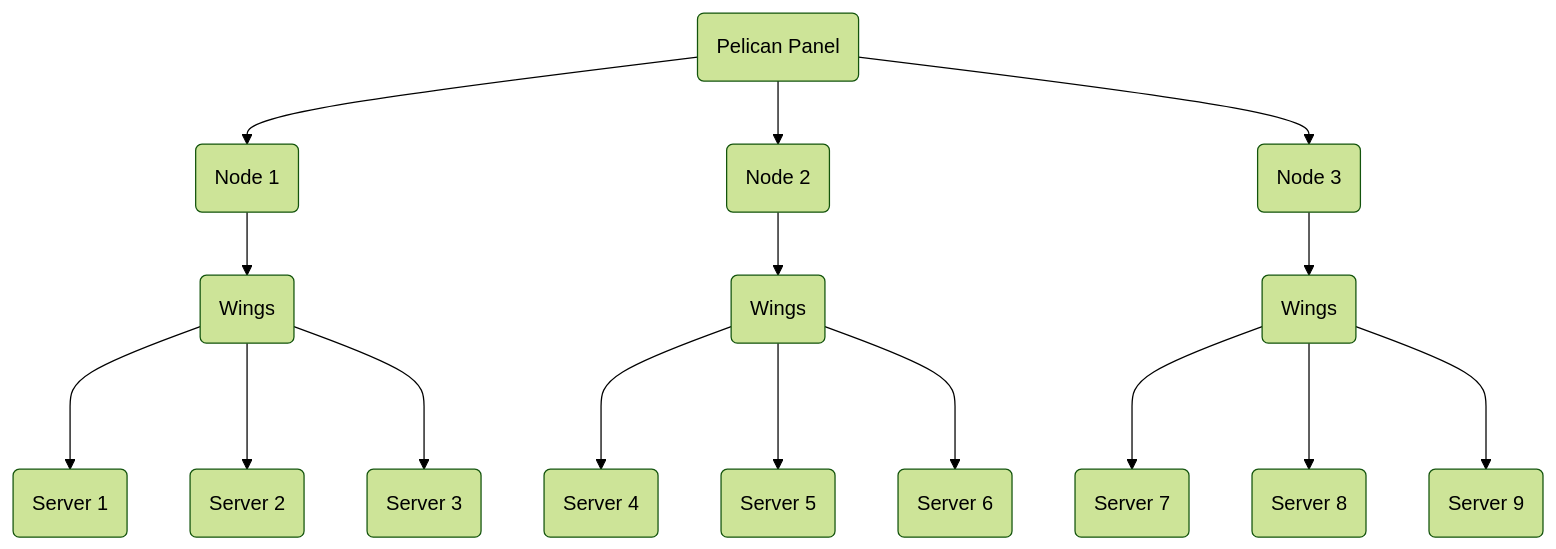
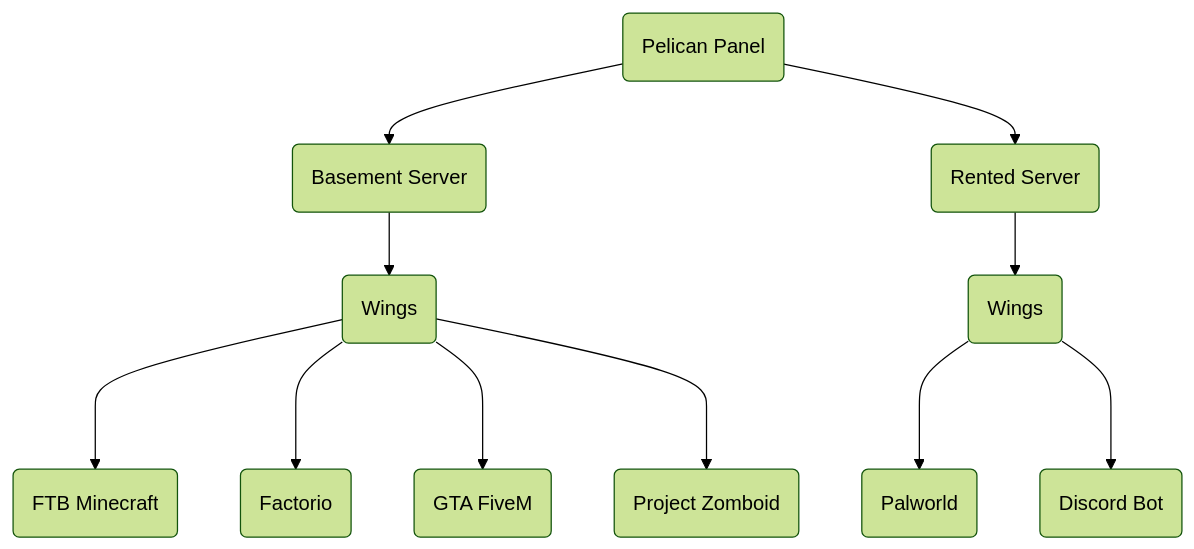
The diagram in docs/glossary.mdx (pelican-dev/docs), drawn with Mermaid (forest theme) before and after one commit. The commit also changed other lines of this file, not shown here.

Commit message:
Updated example diagram

````diff
--- a/docs/glossary.mdx
+++ b/docs/glossary.mdx
@@ -34,19 +34,14 @@
 ```mermaid
 flowchart TD
     A(Pelican Panel)
-    A --> B1(Node 1)
-    A --> B2(Node 2)
-    A --> B3(Node 3)
+    A --> B1(Basement Server)
+    A --> B2(Rented Server)
     B1 --> W1(Wings)
     B2 --> W2(Wings)
-    B3 --> W3(Wings)
-    W3  ---> C1(Server 7)
-    W3  ---> C2(Server 8)
-    W3  ---> C3(Server 9)
-    W2  ---> C4(Server 4)
-    W2  ---> C5(Server 5)
-    W2  ---> C6(Server 6)
-    W1  ---> C7(Server 1)
-    W1  ---> C8(Server 2)
-    W1  ---> C9(Server 3)
+    W2  ---> C5(Palworld)
+    W2  ---> C6(Discord Bot)
+    W1  ---> C7(FTB Minecraft)
+    W1  ---> C8(Factorio)
+    W1  ---> C9(GTA FiveM)
+    W1  ---> C4(Project Zomboid)
 ```
````
